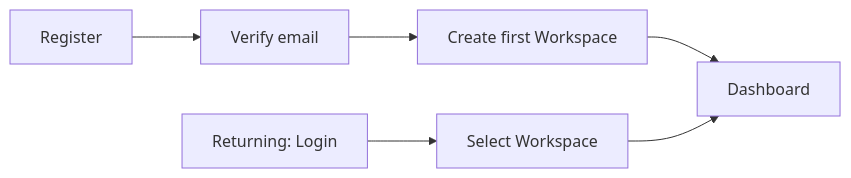
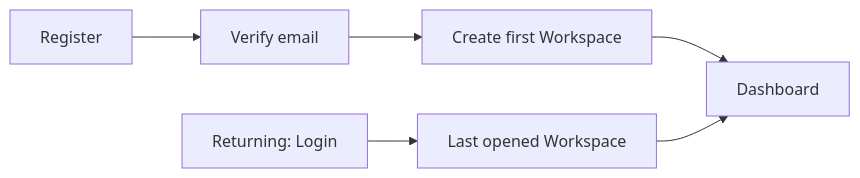
Before and after one commit to hardi-dev/shutrly-v0: the first of 7 diagrams in docs/product/user-journeys.md, drawn with Mermaid. The commit also changed other lines of this file and 6 other files, not shown here.

````diff
--- a/docs/product/user-journeys.md
+++ b/docs/product/user-journeys.md
@@ -7,5 +7,5 @@
 ```mermaid
 flowchart LR
     A[Register] --> B[Verify email] --> C[Create first Workspace] --> D[Dashboard]
-    R[Returning: Login] --> S[Select Workspace] --> D
+    R[Returning: Login] --> S[Last opened Workspace] --> D
 ```
````
